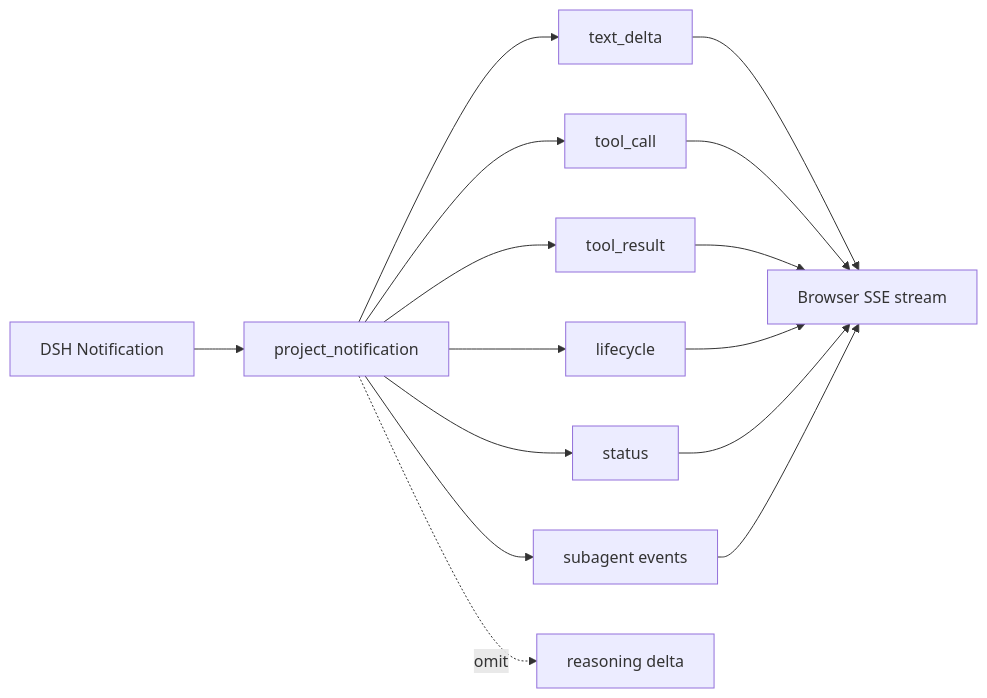
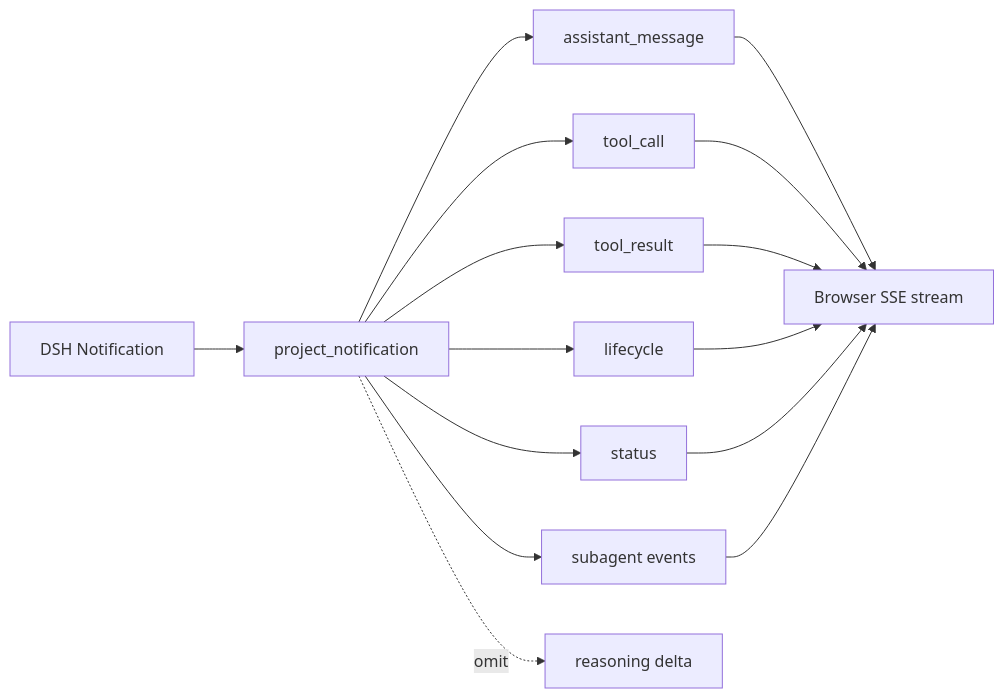
The diagram in tutorials/fastapi-101/src/dsh_fastapi_101/static/tutorials/04-tool-trajectory.md (eriklee1895/hands-on-dsh), drawn with Mermaid before and after one commit. The commit also changed other lines of this file and 48 other files, not shown here.

````diff
--- a/tutorials/fastapi-101/src/dsh_fastapi_101/static/tutorials/04-tool-trajectory.md
+++ b/tutorials/fastapi-101/src/dsh_fastapi_101/static/tutorials/04-tool-trajectory.md
@@ -29,17 +29,17 @@
 ```mermaid
 flowchart LR
     Raw[DSH Notification] --> Project[project_notification]
-    Project --> Text[text_delta]
+    Project --> Text[assistant_message]
     Project --> ToolCall[tool_call]
     Project --> ToolResult[tool_result]
     Project --> Lifecycle[lifecycle]
     Project --> Status[status]
     Project --> Subagent[subagent events]
     Project -. omit .-> Reasoning[reasoning delta]
     Text --> SSE[Browser SSE stream]
     ToolCall --> SSE
     ToolResult --> SSE
     Lifecycle --> SSE
     Status --> SSE
     Subagent --> SSE
 ```
````
